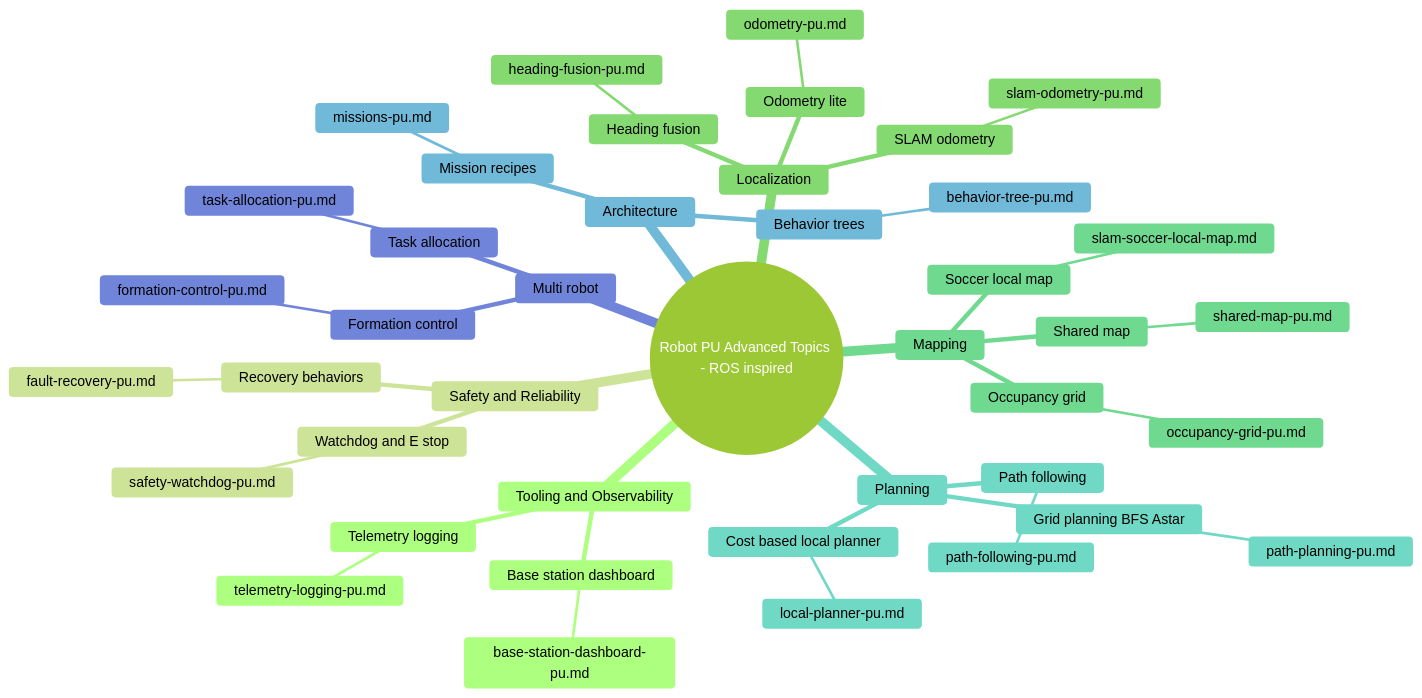
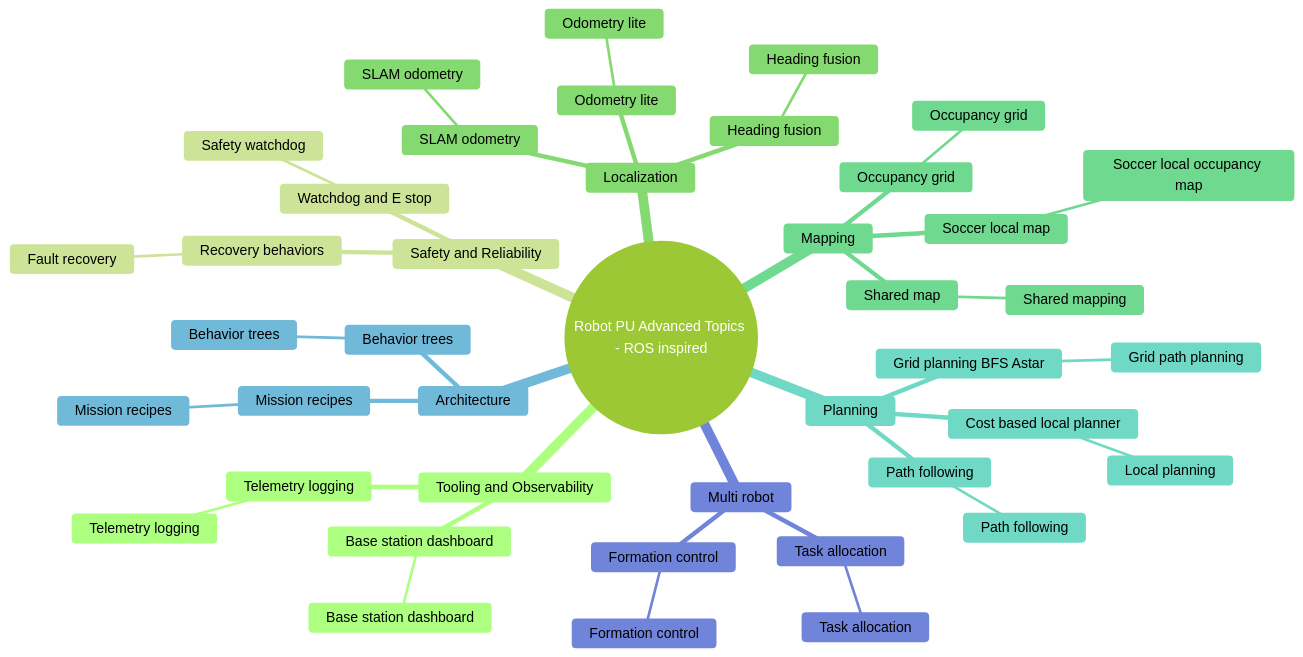
One commit to robotgyms/pxt-robotpu changed the second of 2 diagrams in tutorials/JavaScripts/README.md. Above: the diagram before and after it, drawn with Mermaid (forest theme). The commit also changed other lines of this file, not shown here.

````diff
--- a/tutorials/JavaScripts/README.md
+++ b/tutorials/JavaScripts/README.md
@@ -119,45 +119,45 @@
 ```mermaid
 mindmap
   root((Robot PU Advanced Topics - ROS inspired))
     Tooling and Observability
       Telemetry logging
-        telemetry-logging-pu.md
+        Telemetry logging
       Base station dashboard
-        base-station-dashboard-pu.md
+        Base station dashboard
     Safety and Reliability
       Watchdog and E stop
-        safety-watchdog-pu.md
+        Safety watchdog
       Recovery behaviors
-        fault-recovery-pu.md
+        Fault recovery
     Localization
       Odometry lite
-        odometry-pu.md
+        Odometry lite
       Heading fusion
-        heading-fusion-pu.md
+        Heading fusion
       SLAM odometry
-        slam-odometry-pu.md
+        SLAM odometry
     Mapping
       Occupancy grid
-        occupancy-grid-pu.md
+        Occupancy grid
       Shared map
-        shared-map-pu.md
+        Shared mapping
       Soccer local map
-        slam-soccer-local-map.md
+        Soccer local occupancy map
     Planning
       Grid planning BFS Astar
-        path-planning-pu.md
+        Grid path planning
       Path following
-        path-following-pu.md
+        Path following
       Cost based local planner
-        local-planner-pu.md
+        Local planning
     Architecture
       Behavior trees
-        behavior-tree-pu.md
+        Behavior trees
       Mission recipes
-        missions-pu.md
+        Mission recipes
     Multi robot
       Task allocation
-        task-allocation-pu.md
+        Task allocation
       Formation control
-        formation-control-pu.md
+        Formation control
 ```
````
